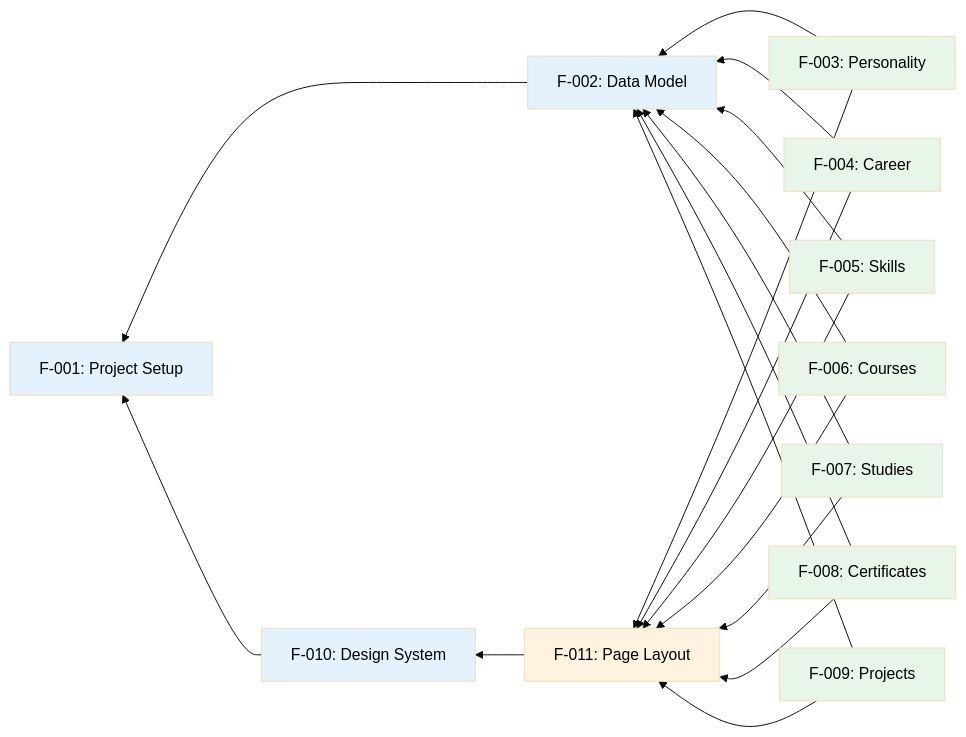
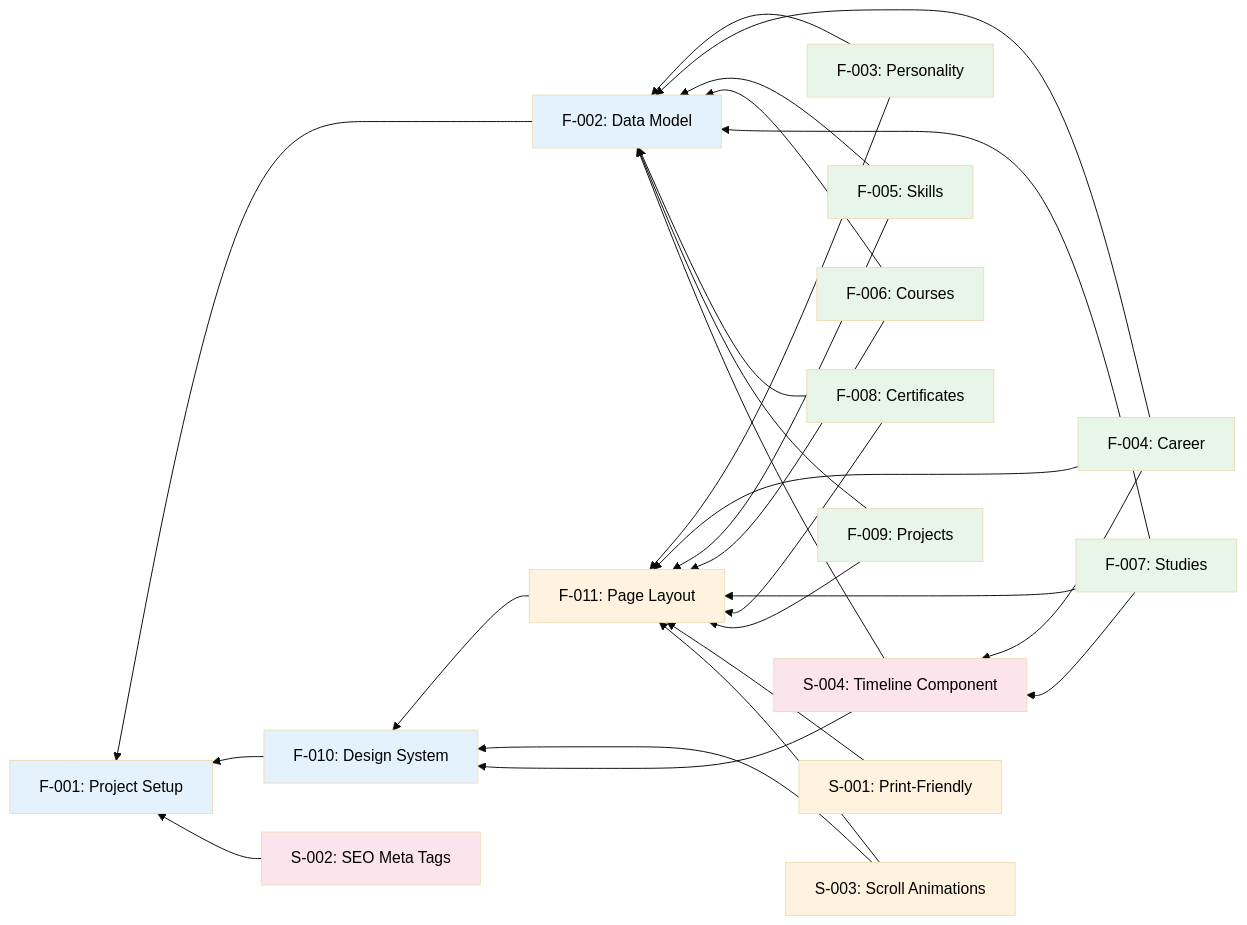
One commit to garcipat/cv-website changed the diagram in docs/Features.md. Above: the diagram before and after it, drawn with Mermaid (base theme). The commit also changed other lines of this file, not shown here.

Commit message:
Add S-001 through S-004: print, SEO, scroll animations, timeline component

````diff
--- a/docs/Features.md
+++ b/docs/Features.md
@@ -63,46 +70,62 @@
 ```mermaid
 graph RL
     F001["F-001: Project Setup"]
     F002["F-002: Data Model"]
     F003["F-003: Personality"]
     F004["F-004: Career"]
     F005["F-005: Skills"]
     F006["F-006: Courses"]
     F007["F-007: Studies"]
     F008["F-008: Certificates"]
     F009["F-009: Projects"]
     F010["F-010: Design System"]
     F011["F-011: Page Layout"]
+    S001["S-001: Print-Friendly"]
+    S002["S-002: SEO Meta Tags"]
+    S003["S-003: Scroll Animations"]
+    S004["S-004: Timeline Component"]
 
     F003 --> F002
     F004 --> F002
     F005 --> F002
     F006 --> F002
     F007 --> F002
     F008 --> F002
     F009 --> F002
     F002 --> F001
     F010 --> F001
     F011 --> F010
 
     F003 --> F011
     F004 --> F011
     F005 --> F011
     F006 --> F011
     F007 --> F011
     F008 --> F011
     F009 --> F011
 
+    S001 --> F011
+    S002 --> F001
+    S003 --> F010
+    S003 --> F011
+    S004 --> F002
+    S004 --> F010
+    F004 --> S004
+    F007 --> S004
+
     classDef done fill:#4caf50,color:#ffffff
     classDef inProgress fill:#ff9800,color:#000000
     classDef planned fill:#9e9e9e,color:#ffffff
     classDef projectSetup fill:#e3f2fd,color:#000000
     classDef cvSections fill:#e8f5e9,color:#000000
     classDef layoutNavigation fill:#fff3e0,color:#000000
+    classDef enhancements fill:#fce4ec,color:#000000
 
     class F001 inProgress
     class F002,F003,F004,F005,F006,F007,F008,F009,F010,F011 planned
+    class S001,S002,S003,S004 planned
     class F001,F002,F010 projectSetup
     class F003,F004,F005,F006,F007,F008,F009 cvSections
-    class F011 layoutNavigation
+    class F011,S001,S003 layoutNavigation
+    class S002,S004 enhancements
 ```
````
